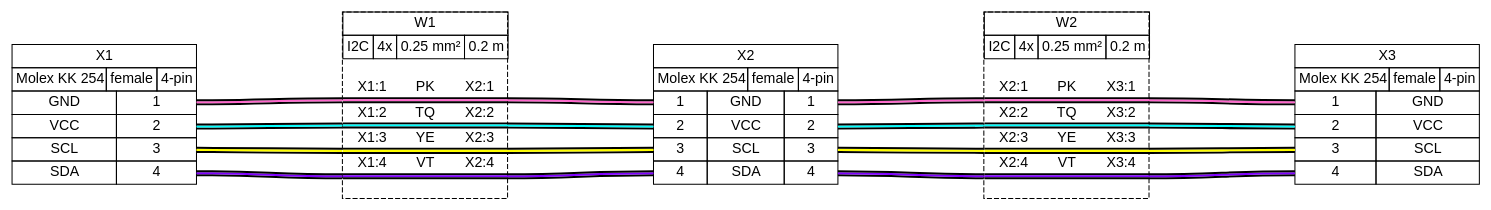
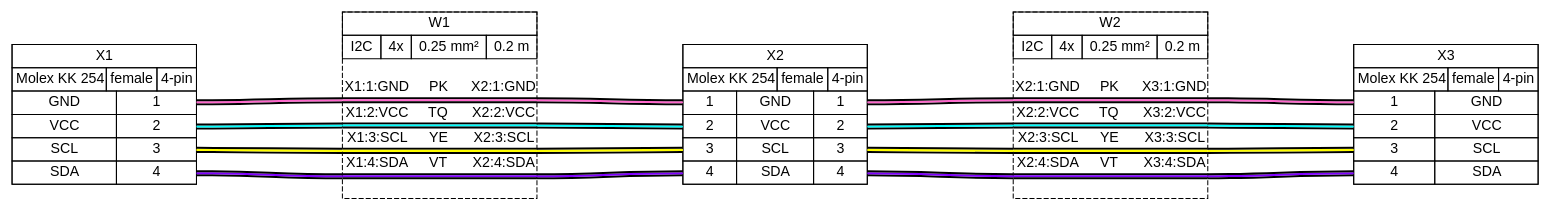
Before and after one commit to thestumbler/cables-with-wireviz: the diagram in examples/ex05.gv, drawn with Graphviz. The commit also changed 93 other files, not shown here.

```diff
--- a/examples/ex05.gv
+++ b/examples/ex05.gv
@@ -1,8 +1,8 @@
 graph {
-// Graph generated by WireViz 0.2
-// https://github.com/formatc1702/WireViz
-	graph [bgcolor=white fontname=arial nodesep=0.33 rankdir=LR ranksep=2]
-	node [fillcolor=white fontname=arial shape=record style=filled]
+// Graph generated by WireViz 0.4.1
+// https://github.com/wireviz/WireViz
+	graph [bgcolor="#FFFFFF" fontname=arial nodesep=0.33 rankdir=LR ranksep=2]
+	node [fillcolor="#FFFFFF" fontname=arial height=0 margin=0 shape=none style=filled width=0]
 	edge [fontname=arial style=bold]
 	X1 [label=<
 <table border="0" cellspacing="0" cellpadding="0">
@@ -39,7 +39,7 @@
   </table>
  </td></tr>
 </table>
-> fillcolor=white margin=0 shape=none style=filled]
+> fillcolor="#FFFFFF" shape=box style=filled]
 	X2 [label=<
 <table border="0" cellspacing="0" cellpadding="0">
  <tr><td>
@@ -79,7 +79,7 @@
   </table>
  </td></tr>
 </table>
-> fillcolor=white margin=0 shape=none style=filled]
+> fillcolor="#FFFFFF" shape=box style=filled]
 	X3 [label=<
 <table border="0" cellspacing="0" cellpadding="0">
  <tr><td>
@@ -115,7 +115,7 @@
   </table>
  </td></tr>
 </table>
-> fillcolor=white margin=0 shape=none style=filled]
+> fillcolor="#FFFFFF" shape=box style=filled]
 	edge [color="#000000:#ff66cc:#000000"]
 	X1:p1r:e -- W1:w1:w
 	W1:w1:e -- X2:p1l:w
@@ -147,9 +147,11 @@
   <table border="0" cellspacing="0" cellborder="0">
    <tr><td>&nbsp;</td></tr>
    <tr>
-    <td>X1:1</td>
-    <td>PK</td>
-    <td>X2:1</td>
+    <td>X1:1:GND</td>
+    <td>
+     PK
+    </td>
+    <td>X2:1:GND</td>
    </tr>
    <tr>
     <td colspan="3" border="0" cellspacing="0" cellpadding="0" port="w1" height="6">
@@ -161,9 +163,11 @@
     </td>
    </tr>
    <tr>
-    <td>X1:2</td>
-    <td>TQ</td>
-    <td>X2:2</td>
+    <td>X1:2:VCC</td>
+    <td>
+     TQ
+    </td>
+    <td>X2:2:VCC</td>
    </tr>
    <tr>
     <td colspan="3" border="0" cellspacing="0" cellpadding="0" port="w2" height="6">
@@ -175,9 +179,11 @@
     </td>
    </tr>
    <tr>
-    <td>X1:3</td>
-    <td>YE</td>
-    <td>X2:3</td>
+    <td>X1:3:SCL</td>
+    <td>
+     YE
+    </td>
+    <td>X2:3:SCL</td>
    </tr>
    <tr>
     <td colspan="3" border="0" cellspacing="0" cellpadding="0" port="w3" height="6">
@@ -189,9 +195,11 @@
     </td>
    </tr>
    <tr>
-    <td>X1:4</td>
-    <td>VT</td>
-    <td>X2:4</td>
+    <td>X1:4:SDA</td>
+    <td>
+     VT
+    </td>
+    <td>X2:4:SDA</td>
    </tr>
    <tr>
     <td colspan="3" border="0" cellspacing="0" cellpadding="0" port="w4" height="6">
@@ -206,7 +214,7 @@
   </table>
  </td></tr>
 </table>
-> fillcolor=white margin=0 shape=box style="filled,dashed"]
+> fillcolor="#FFFFFF" shape=box style="filled,dashed"]
 	edge [color="#000000:#ff66cc:#000000"]
 	X2:p1r:e -- W2:w1:w
 	W2:w1:e -- X3:p1l:w
@@ -238,9 +246,11 @@
   <table border="0" cellspacing="0" cellborder="0">
    <tr><td>&nbsp;</td></tr>
    <tr>
-    <td>X2:1</td>
-    <td>PK</td>
-    <td>X3:1</td>
+    <td>X2:1:GND</td>
+    <td>
+     PK
+    </td>
+    <td>X3:1:GND</td>
    </tr>
    <tr>
     <td colspan="3" border="0" cellspacing="0" cellpadding="0" port="w1" height="6">
@@ -252,9 +262,11 @@
     </td>
    </tr>
    <tr>
-    <td>X2:2</td>
-    <td>TQ</td>
-    <td>X3:2</td>
+    <td>X2:2:VCC</td>
+    <td>
+     TQ
+    </td>
+    <td>X3:2:VCC</td>
    </tr>
    <tr>
     <td colspan="3" border="0" cellspacing="0" cellpadding="0" port="w2" height="6">
@@ -266,9 +278,11 @@
     </td>
    </tr>
    <tr>
-    <td>X2:3</td>
-    <td>YE</td>
-    <td>X3:3</td>
+    <td>X2:3:SCL</td>
+    <td>
+     YE
+    </td>
+    <td>X3:3:SCL</td>
    </tr>
    <tr>
     <td colspan="3" border="0" cellspacing="0" cellpadding="0" port="w3" height="6">
@@ -280,9 +294,11 @@
     </td>
    </tr>
    <tr>
-    <td>X2:4</td>
-    <td>VT</td>
-    <td>X3:4</td>
+    <td>X2:4:SDA</td>
+    <td>
+     VT
+    </td>
+    <td>X3:4:SDA</td>
    </tr>
    <tr>
     <td colspan="3" border="0" cellspacing="0" cellpadding="0" port="w4" height="6">
@@ -297,5 +313,5 @@
   </table>
  </td></tr>
 </table>
-> fillcolor=white margin=0 shape=box style="filled,dashed"]
+> fillcolor="#FFFFFF" shape=box style="filled,dashed"]
 }
```
